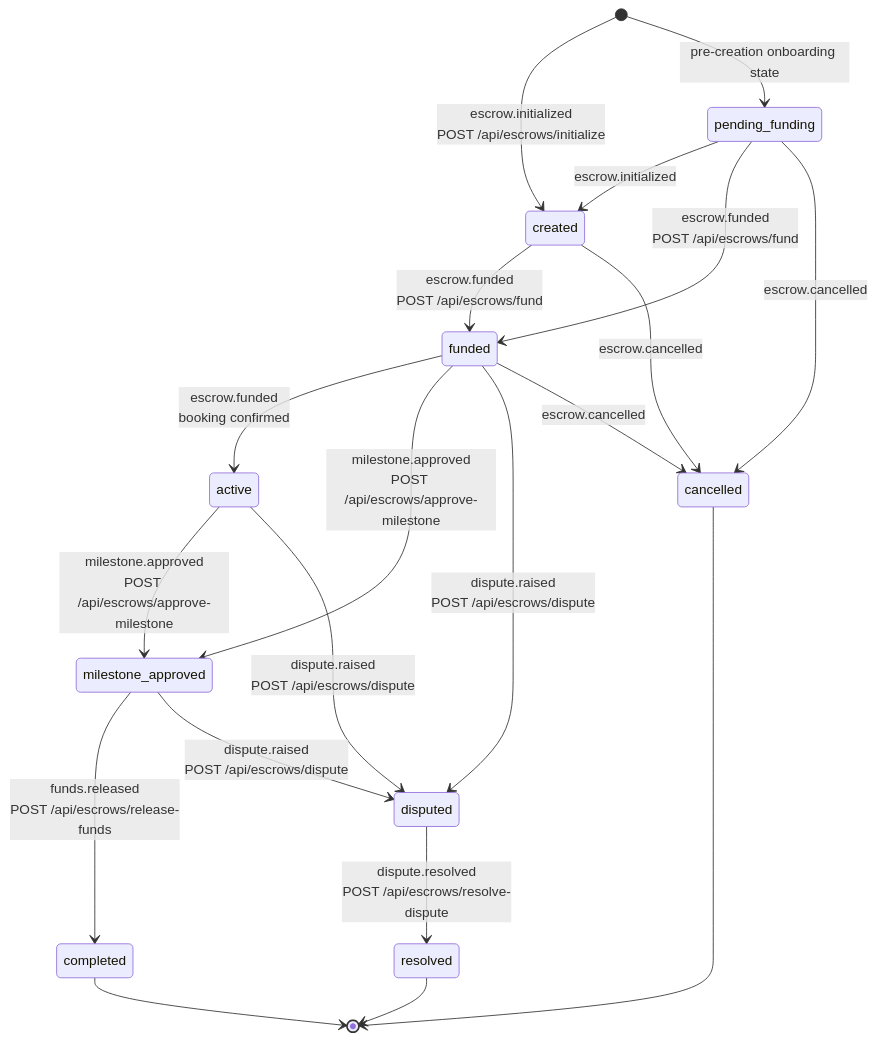
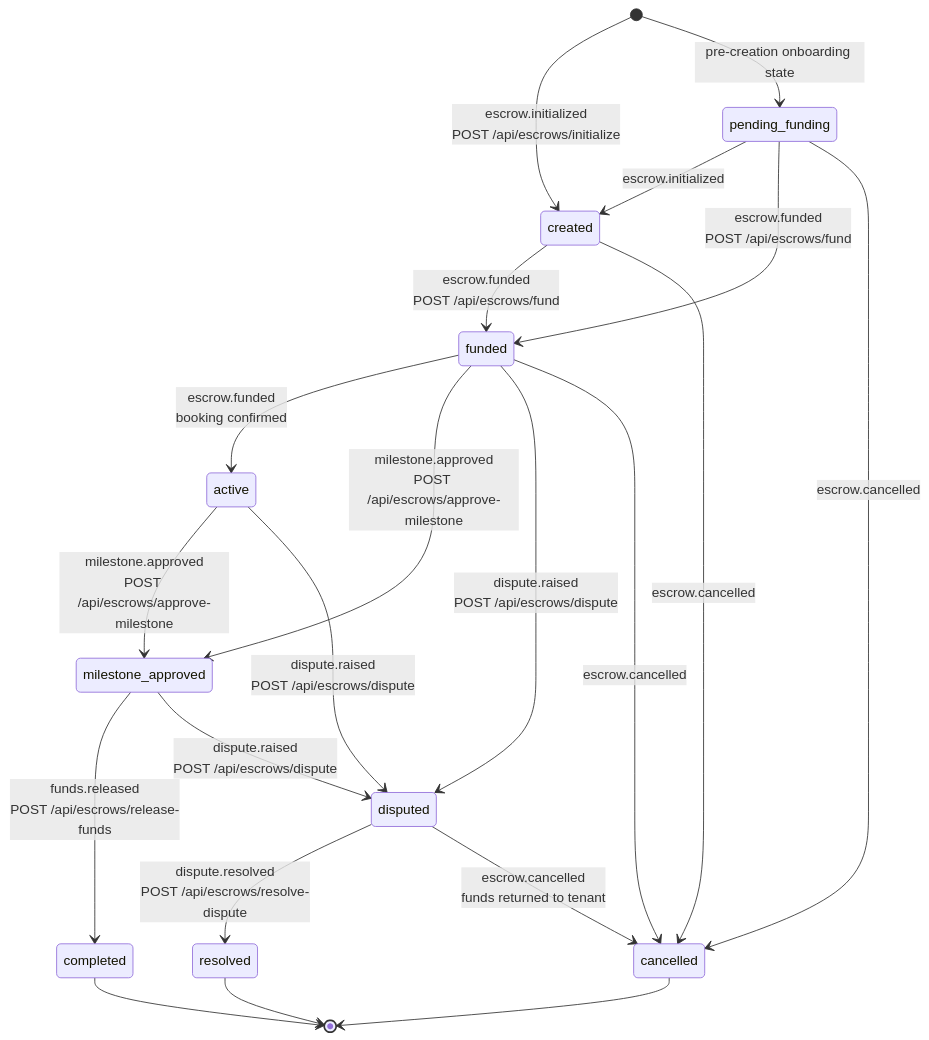
Before and after one commit to safetrustcr/backend-SafeTrust: the first of 3 diagrams in docs/stellar/escrow-lifecycle.md, drawn with Mermaid. The commit also changed other lines of this file and 29 other files, not shown here.

````diff
--- a/docs/stellar/escrow-lifecycle.md
+++ b/docs/stellar/escrow-lifecycle.md
@@ -23,31 +23,32 @@
 ```mermaid
 stateDiagram-v2
     [*] --> created : escrow.initialized<br/>POST /api/escrows/initialize
     [*] --> pending_funding : pre-creation onboarding state
 
     pending_funding --> created : escrow.initialized
 
     created --> funded : escrow.funded<br/>POST /api/escrows/fund
     pending_funding --> funded : escrow.funded<br/>POST /api/escrows/fund
 
     funded --> active : escrow.funded<br/>booking confirmed
 
     funded --> milestone_approved : milestone.approved<br/>POST /api/escrows/approve-milestone
     active --> milestone_approved : milestone.approved<br/>POST /api/escrows/approve-milestone
 
     milestone_approved --> completed : funds.released<br/>POST /api/escrows/release-funds
 
     funded --> disputed : dispute.raised<br/>POST /api/escrows/dispute
     active --> disputed : dispute.raised<br/>POST /api/escrows/dispute
     milestone_approved --> disputed : dispute.raised<br/>POST /api/escrows/dispute
 
     disputed --> resolved : dispute.resolved<br/>POST /api/escrows/resolve-dispute
+    disputed --> cancelled : escrow.cancelled<br/>funds returned to tenant
 
     created --> cancelled : escrow.cancelled
     pending_funding --> cancelled : escrow.cancelled
     funded --> cancelled : escrow.cancelled
 
     completed --> [*]
     resolved --> [*]
     cancelled --> [*]
 ```
````
